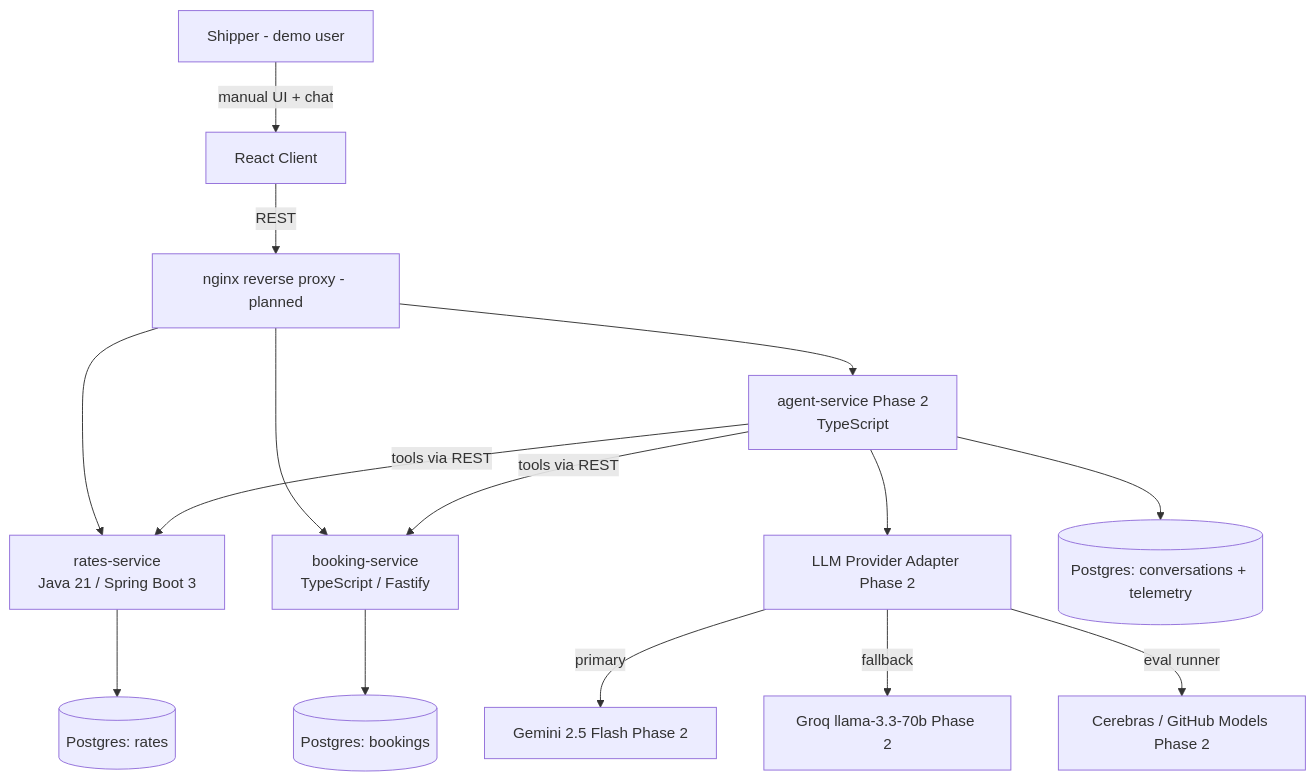
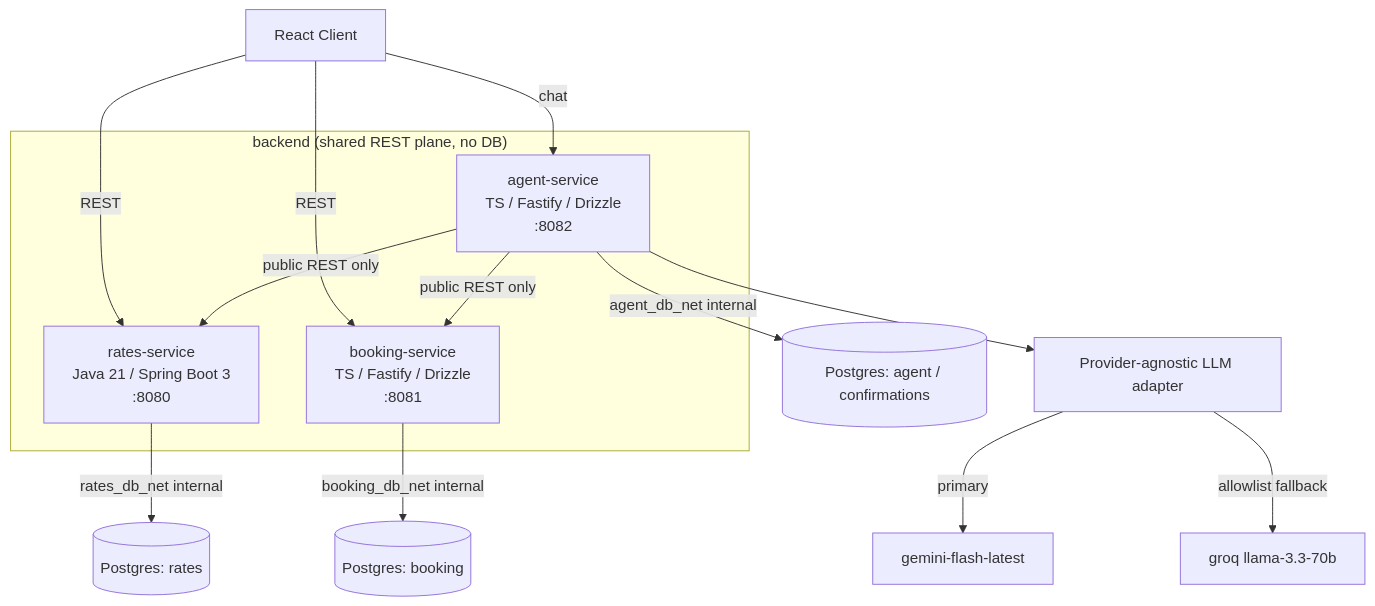
Before and after one commit to danish7x7/freightpilot: the diagram in README.md, drawn with Mermaid. The commit also changed other lines of this file, not shown here.

Commit message:
docs: rewrite README for merged agent L1-L3

````diff
--- a/README.md
+++ b/README.md
@@ -9,17 +36,25 @@
 ```mermaid
 graph TB
-    U[Shipper - demo user] -->|manual UI + chat| C[React Client]
-    C -->|REST| G[nginx reverse proxy - planned]
-    G --> R[rates-service<br/>Java 21 / Spring Boot 3]
-    G --> B[booking-service<br/>TypeScript / Fastify]
-    G --> A[agent-service Phase 2<br/>TypeScript]
-    A -->|tools via REST| R
-    A -->|tools via REST| B
-    A --> L[LLM Provider Adapter Phase 2]
-    L -->|primary| P1[Gemini 2.5 Flash Phase 2]
-    L -->|fallback| P2[Groq llama-3.3-70b Phase 2]
-    L -->|eval runner| P3[Cerebras / GitHub Models Phase 2]
-    R --> D1[(Postgres: rates)]
-    B --> D2[(Postgres: bookings)]
-    A --> D3[(Postgres: conversations + telemetry)]
+    C[React Client]
+
+    subgraph backend["backend (shared REST plane, no DB)"]
+      R[rates-service<br/>Java 21 / Spring Boot 3<br/>:8080]
+      B[booking-service<br/>TS / Fastify / Drizzle<br/>:8081]
+      A[agent-service<br/>TS / Fastify / Drizzle<br/>:8082]
+    end
+
+    L[Provider-agnostic LLM adapter]
+
+    C -->|REST| R
+    C -->|REST| B
+    C -->|chat| A
+    A -->|public REST only| R
+    A -->|public REST only| B
+    A --> L
+    L -->|primary| P1[gemini-flash-latest]
+    L -->|allowlist fallback| P2[groq llama-3.3-70b]
+
+    R -->|rates_db_net internal| DR[(Postgres: rates)]
+    B -->|booking_db_net internal| DB[(Postgres: booking)]
+    A -->|agent_db_net internal| DA[(Postgres: agent / confirmations)]
 ```
````
